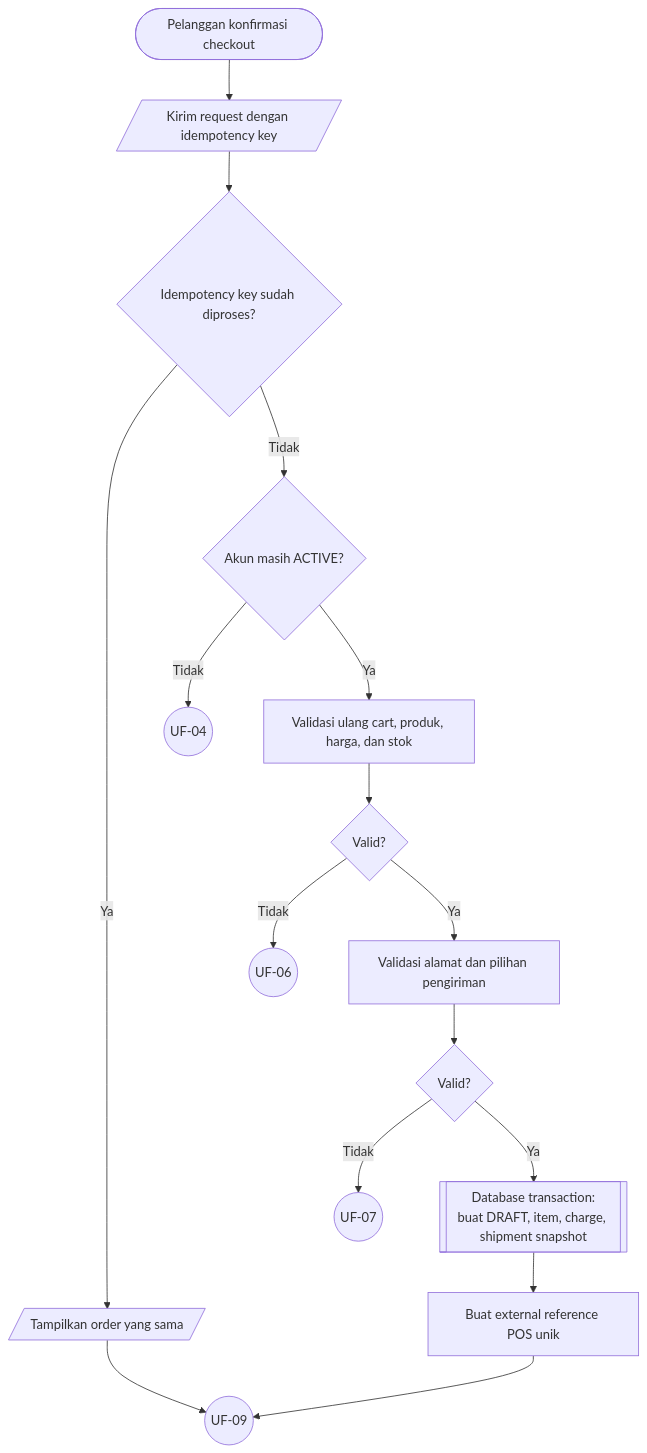
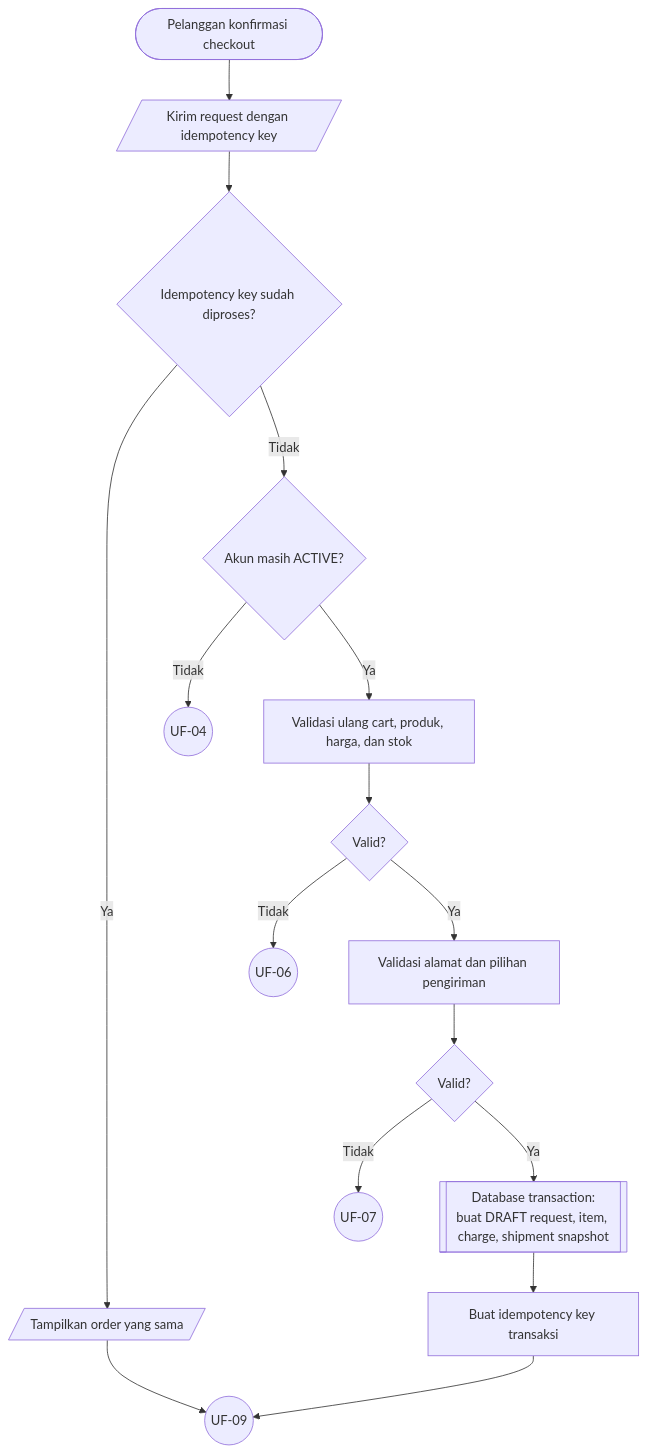
One commit to Webekspres/pixel-komunika changed the eighth of 19 diagrams in docs/design/USER_FLOWS.md. Above: the diagram before and after it, drawn with Mermaid. The commit also changed other lines of this file and 7 other files, not shown here.

Commit message:
docs: align web-owned sales and fulfillment flow

````diff
--- a/docs/design/USER_FLOWS.md
+++ b/docs/design/USER_FLOWS.md
@@ -282,23 +285,23 @@
 ```mermaid
 flowchart TD
     A(["Pelanggan konfirmasi checkout"]) --> B[/"Kirim request dengan idempotency key"/]
     B --> C{"Idempotency key sudah diproses?"}
     C -->|Ya| D[/"Tampilkan order yang sama"/]
     D --> C_UF09((UF-09))
     C -->|Tidak| E{"Akun masih ACTIVE?"}
     E -->|Tidak| C_UF04((UF-04))
     E -->|Ya| F["Validasi ulang cart, produk, harga, dan stok"]
     F --> G{"Valid?"}
     G -->|Tidak| C_UF06((UF-06))
     G -->|Ya| H["Validasi alamat dan pilihan pengiriman"]
     H --> I{"Valid?"}
     I -->|Tidak| C_UF07((UF-07))
-    I -->|Ya| J[["Database transaction:<br/>buat DRAFT, item, charge, shipment snapshot"]]
-    J --> K["Buat external reference POS unik"]
+    I -->|Ya| J[["Database transaction:<br/>buat DRAFT request, item, charge, shipment snapshot"]]
+    J --> K["Buat idempotency key transaksi"]
     K --> C_UF09
 
     click C_UF04 "#uf-04-login-dan-routing-akses"
     click C_UF06 "#uf-06-rekalkulasi-harga-dan-pph-22"
     click C_UF07 "#uf-07-alamat-dan-pengiriman"
-    click C_UF09 "#uf-09-sales-order-pos-dan-invoice"
+    click C_UF09 "#uf-09-pembuatan-order-invoice-dan-pelaporan-pos"
 ```
````
